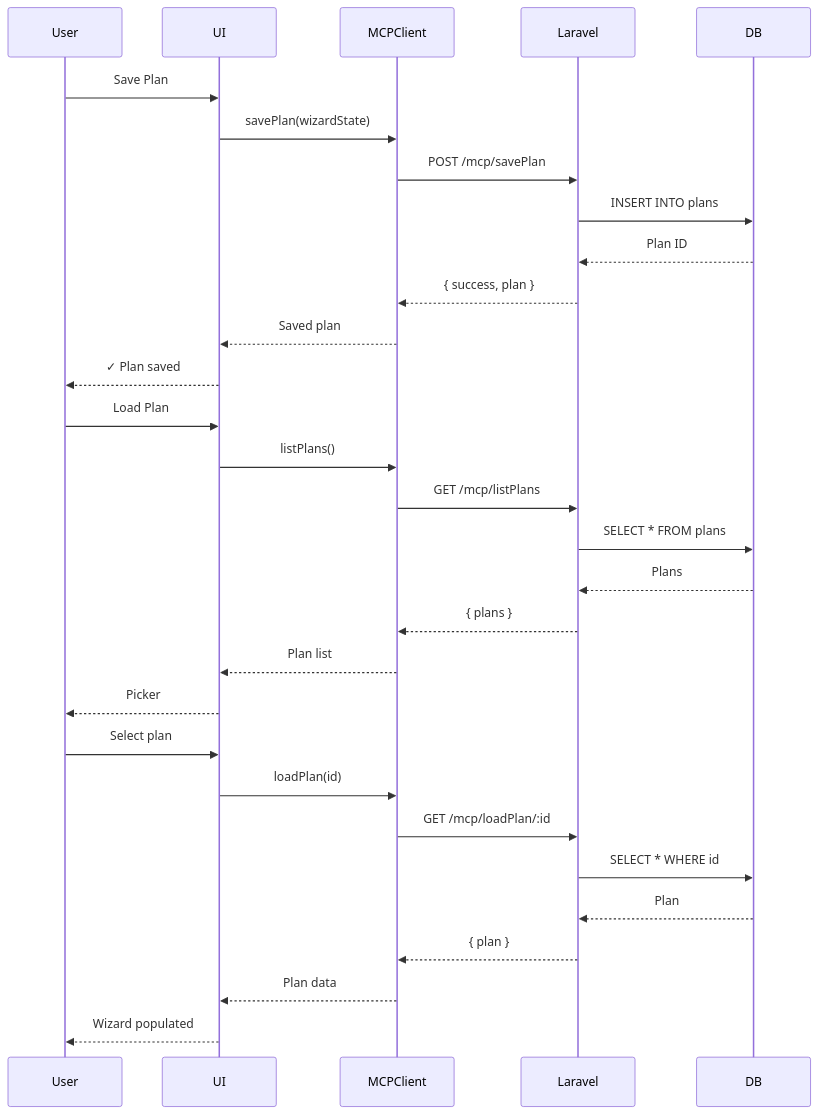
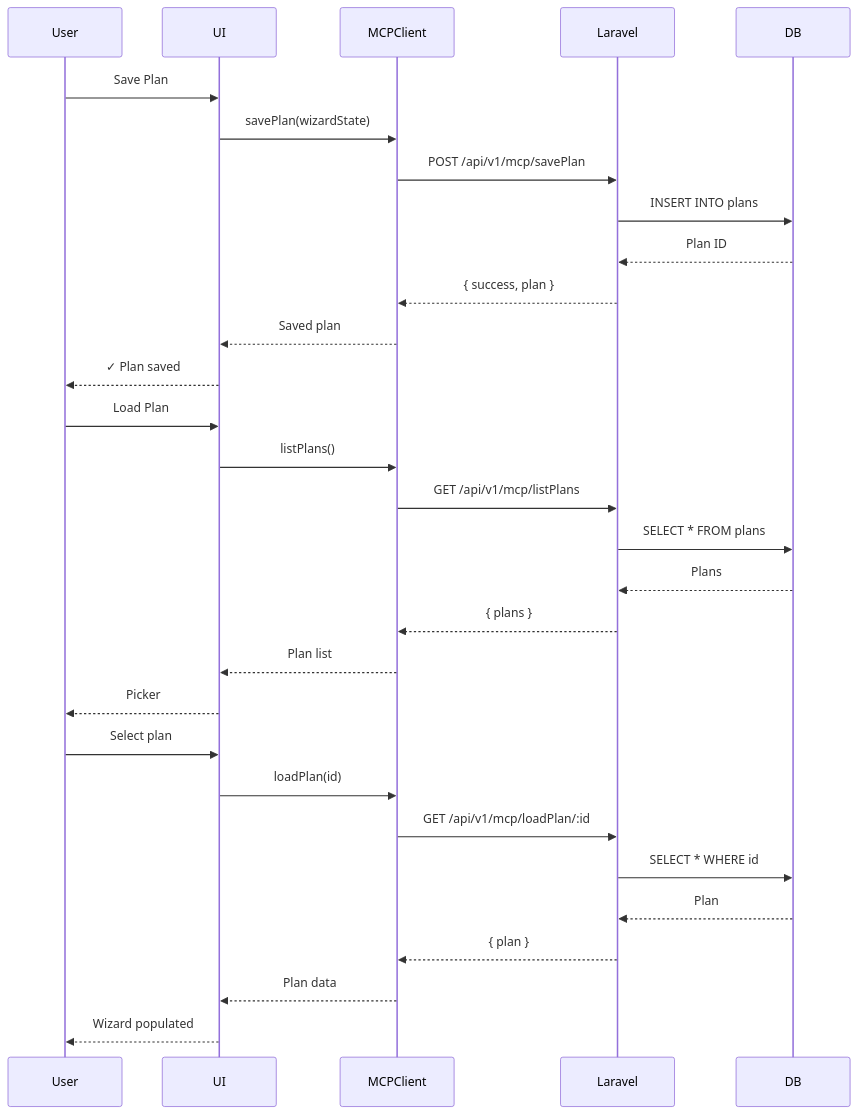
One commit to xXKillerNoobYT/Copilot-Orchestration-Extension-COE- changed the second of 2 diagrams in vscode-extension/docs/plan-builder/INTEGRATION-GUIDE.md. Above: the diagram before and after it, drawn with Mermaid. The commit also changed 5 other files, not shown here.

Commit message:
Fix MCP endpoint path inconsistencies - use canonical /api/v1/mcp/ pattern

````diff
--- a/vscode-extension/docs/plan-builder/INTEGRATION-GUIDE.md
+++ b/vscode-extension/docs/plan-builder/INTEGRATION-GUIDE.md
@@ -273,28 +273,28 @@
 ```mermaid
 sequenceDiagram
     User->>UI: Save Plan
     UI->>MCPClient: savePlan(wizardState)
-    MCPClient->>Laravel: POST /mcp/savePlan
+    MCPClient->>Laravel: POST /api/v1/mcp/savePlan
     Laravel->>DB: INSERT INTO plans
     DB-->>Laravel: Plan ID
     Laravel-->>MCPClient: { success, plan }
     MCPClient-->>UI: Saved plan
     UI-->>User: ✓ Plan saved
 
     User->>UI: Load Plan
     UI->>MCPClient: listPlans()
-    MCPClient->>Laravel: GET /mcp/listPlans
+    MCPClient->>Laravel: GET /api/v1/mcp/listPlans
     Laravel->>DB: SELECT * FROM plans
     DB-->>Laravel: Plans
     Laravel-->>MCPClient: { plans }
     MCPClient-->>UI: Plan list
     UI-->>User: Picker
     User->>UI: Select plan
     UI->>MCPClient: loadPlan(id)
-    MCPClient->>Laravel: GET /mcp/loadPlan/:id
+    MCPClient->>Laravel: GET /api/v1/mcp/loadPlan/:id
     Laravel->>DB: SELECT * WHERE id
     DB-->>Laravel: Plan
     Laravel-->>MCPClient: { plan }
     MCPClient-->>UI: Plan data
     UI-->>User: Wizard populated
 ```
````
